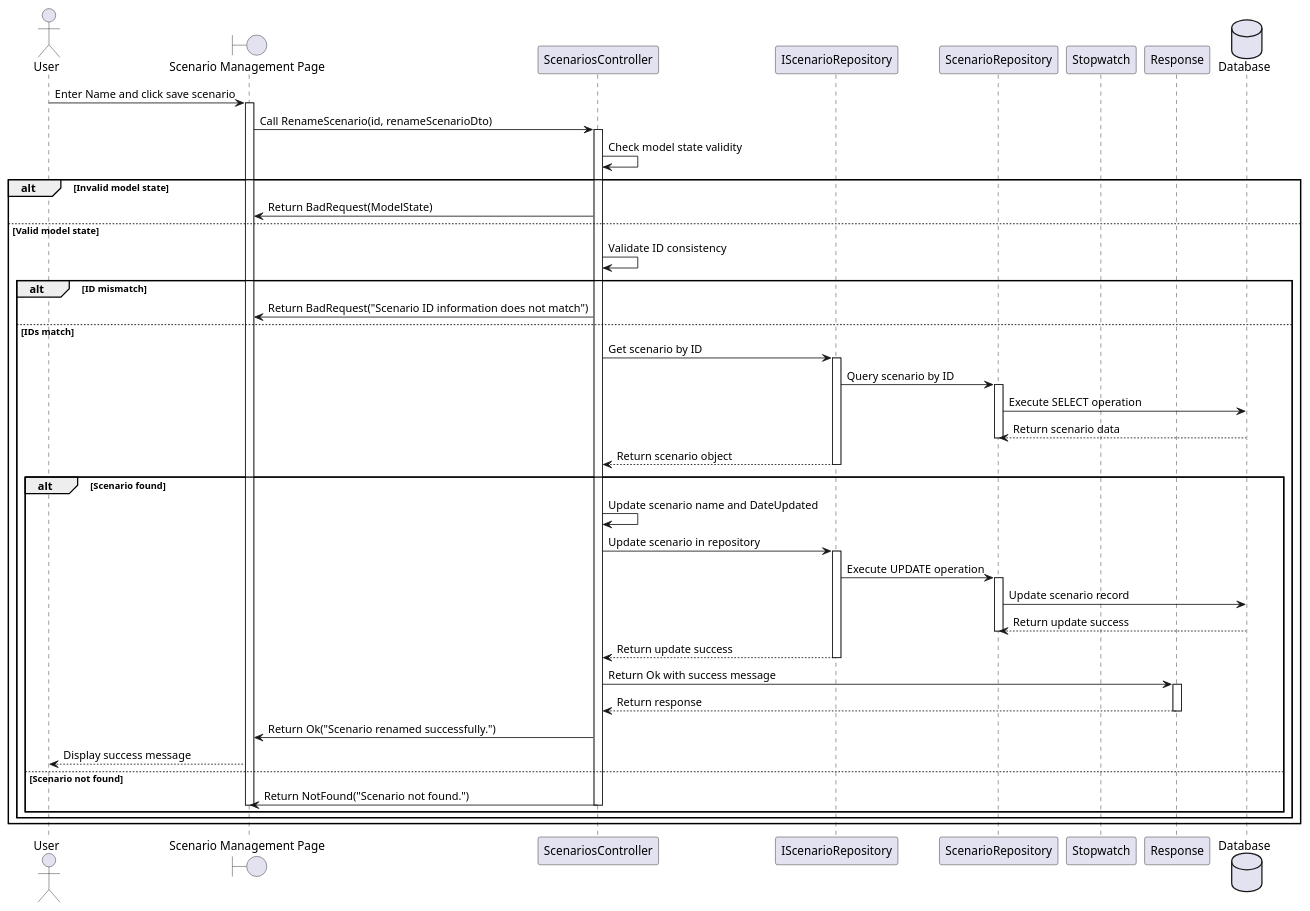
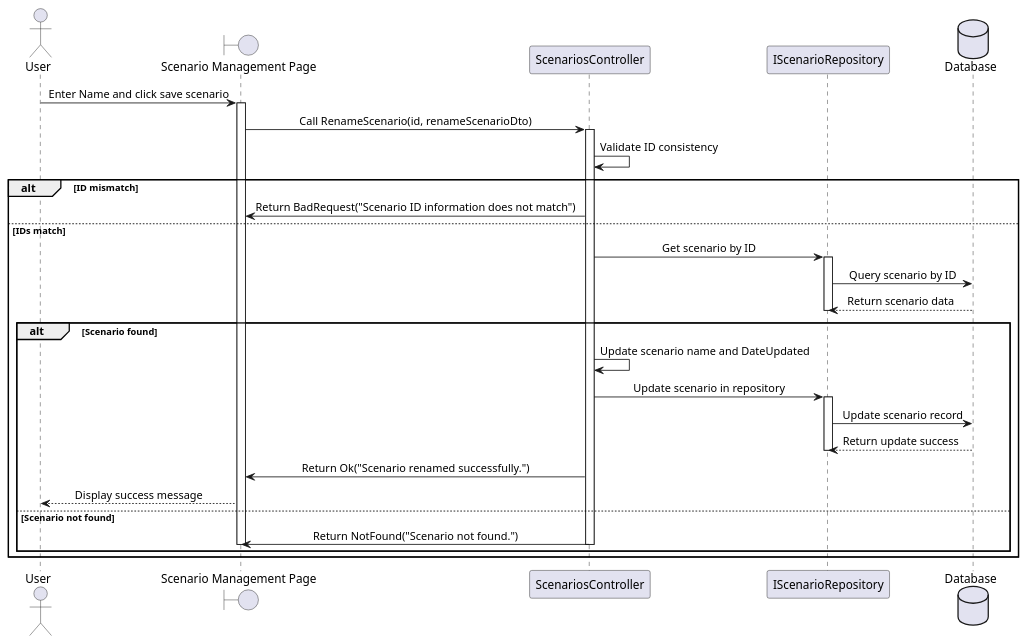
The diagram in ClassDiagram/ScenarioManagement/RenameScenarioSequenceDiagram.plantuml (Caothuludau/InSyncDocument), drawn with PlantUML before and after one commit. The commit also changed 7 other files, not shown here.

Commit message:
code diagram

```diff
--- a/ClassDiagram/ScenarioManagement/RenameScenarioSequenceDiagram.plantuml
+++ b/ClassDiagram/ScenarioManagement/RenameScenarioSequenceDiagram.plantuml
@@ -1,67 +1,43 @@
 @startuml RenameScenarioSequenceDiagram
+skinparam SequenceMessageAlignment center
 actor "User" as U
 boundary "Scenario Management Page" as SPage
 participant "ScenariosController" as ScenariosController
 participant "IScenarioRepository" as IScenarioRepo
-participant "ScenarioRepository" as ScenarioRepo
-participant "Stopwatch" as Stopwatch
-participant "Response" as Response
 database "Database" as DB
 
 U -> SPage : Enter Name and click save scenario
 activate SPage
 
-    SPage -> ScenariosController : Call RenameScenario(id, renameScenarioDto)
-    activate ScenariosController
+SPage -> ScenariosController : Call RenameScenario(id, renameScenarioDto)
+activate ScenariosController
 
-    ScenariosController -> ScenariosController : Check model state validity
-    alt Invalid model state
-        ScenariosController -> SPage : Return BadRequest(ModelState)
-       
-    else Valid model state
-        ScenariosController -> ScenariosController : Validate ID consistency
-        alt ID mismatch
-            ScenariosController -> SPage : Return BadRequest("Scenario ID information does not match")
-            
-        else IDs match
-            ScenariosController -> IScenarioRepo : Get scenario by ID
+    ScenariosController -> ScenariosController : Validate ID consistency
+    alt ID mismatch
+        ScenariosController -> SPage : Return BadRequest("Scenario ID information does not match")
+
+    else IDs match
+        ScenariosController -> IScenarioRepo : Get scenario by ID
+        activate IScenarioRepo
+        IScenarioRepo -> DB : Query scenario by ID
+        DB --> IScenarioRepo : Return scenario data
+        deactivate IScenarioRepo
+
+        alt Scenario found
+            ScenariosController -> ScenariosController : Update scenario name and DateUpdated
+            ScenariosController -> IScenarioRepo : Update scenario in repository
             activate IScenarioRepo
-            IScenarioRepo -> ScenarioRepo : Query scenario by ID
-            activate ScenarioRepo
-            ScenarioRepo -> DB : Execute SELECT operation
-            DB --> ScenarioRepo : Return scenario data
-            deactivate ScenarioRepo
-            IScenarioRepo --> ScenariosController : Return scenario object
+            IScenarioRepo -> DB : Update scenario record
+            DB --> IScenarioRepo : Return update success
             deactivate IScenarioRepo
-
-            alt Scenario found
-                ScenariosController -> ScenariosController : Update scenario name and DateUpdated
-                ScenariosController -> IScenarioRepo : Update scenario in repository
-                activate IScenarioRepo
-                IScenarioRepo -> ScenarioRepo : Execute UPDATE operation
-                activate ScenarioRepo
-                ScenarioRepo -> DB : Update scenario record
-                DB --> ScenarioRepo : Return update success
-                deactivate ScenarioRepo
-                IScenarioRepo --> ScenariosController : Return update success
-                deactivate IScenarioRepo
-
-                ScenariosController -> Response : Return Ok with success message
-                activate Response
-                Response --> ScenariosController : Return response
-                deactivate Response
-                ScenariosController -> SPage : Return Ok("Scenario renamed successfully.")
-                
-                SPage --> U : Display success message
-                
-            else Scenario not found
-                ScenariosController -> SPage : Return NotFound("Scenario not found.")
-                deactivate SPage
-                deactivate ScenariosController
-            end
+            ScenariosController -> SPage : Return Ok("Scenario renamed successfully.")
+            SPage --> U : Display success message
+        else Scenario not found
+            ScenariosController -> SPage : Return NotFound("Scenario not found.")
+            deactivate ScenariosController
+            deactivate SPage
         end
     end
 
 
-
 @enduml
```
